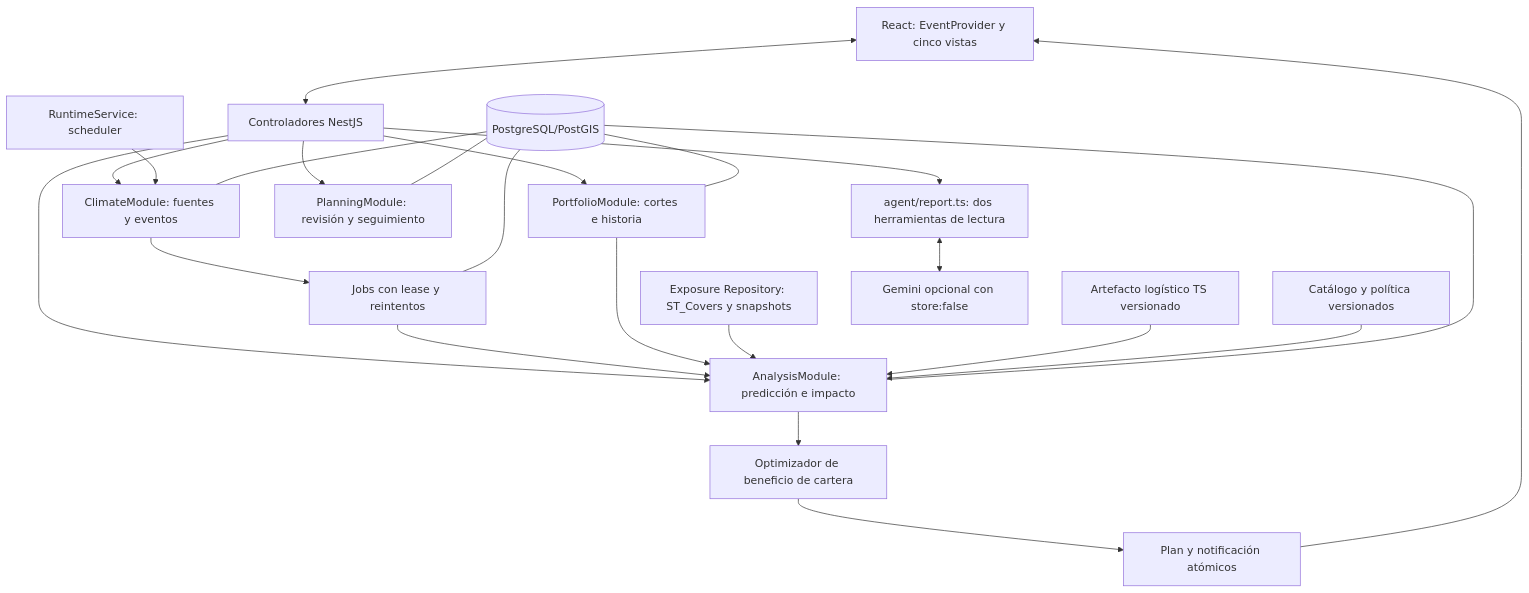
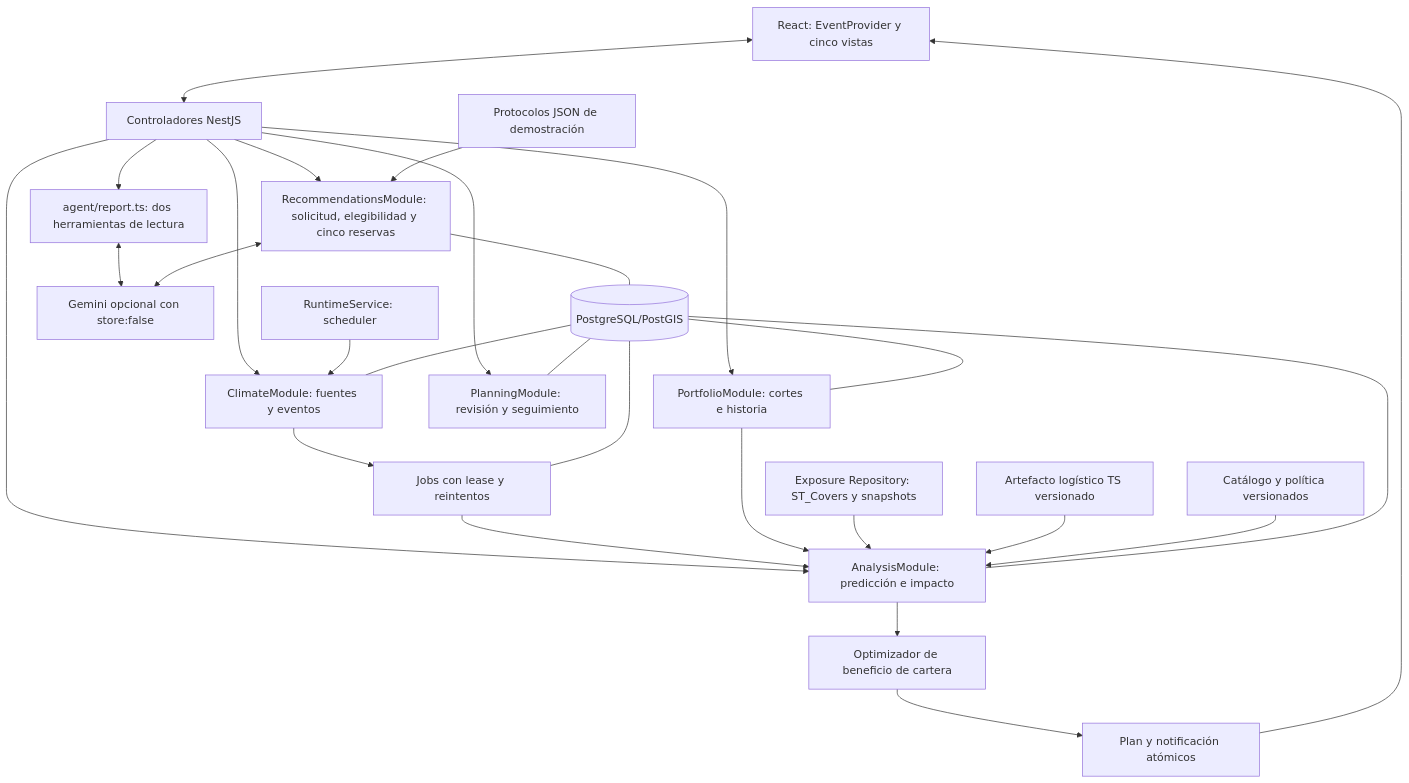
The first of 2 diagrams in docs/architecture.md (jharopr/cajathon-mvp), drawn with Mermaid before and after one commit. The commit also changed other lines of this file and 28 other files, not shown here.

````diff
--- a/docs/architecture.md
+++ b/docs/architecture.md
@@ -7,25 +9,29 @@
 ```mermaid
 flowchart TB
   WEB[React: EventProvider y cinco vistas] <--> HTTP[Controladores NestJS]
   HTTP --> PORT[PortfolioModule: cortes e historia]
   HTTP --> CLIM[ClimateModule: fuentes y eventos]
   HTTP --> ANALYSIS[AnalysisModule: predicción e impacto]
   HTTP --> PLAN[PlanningModule: revisión y seguimiento]
   TIMER[RuntimeService: scheduler] --> CLIM
   CLIM --> JOBS[Jobs con lease y reintentos]
   JOBS --> ANALYSIS
   PORT --> ANALYSIS
   EXP[Exposure Repository: ST_Covers y snapshots] --> ANALYSIS
   MODEL[Artefacto logístico TS versionado] --> ANALYSIS
   POLICY[Catálogo y política versionados] --> ANALYSIS
   ANALYSIS --> OPT[Optimizador de beneficio de cartera]
   OPT --> ATOMIC[Plan y notificación atómicos]
   ATOMIC --> WEB
   HTTP --> REPORT[agent/report.ts: dos herramientas de lectura]
   REPORT <--> GEMINI[Gemini opcional con store:false]
+  HTTP --> PREV[RecommendationsModule: solicitud, elegibilidad y cinco reservas]
+  KNOWLEDGE[Protocolos JSON de demostración] --> PREV
+  PREV <--> GEMINI
+  PREV --- DB
   DB[(PostgreSQL/PostGIS)] --- PORT
   DB --- CLIM
   DB --- ANALYSIS
   DB --- PLAN
   DB --- JOBS
 ```
````
